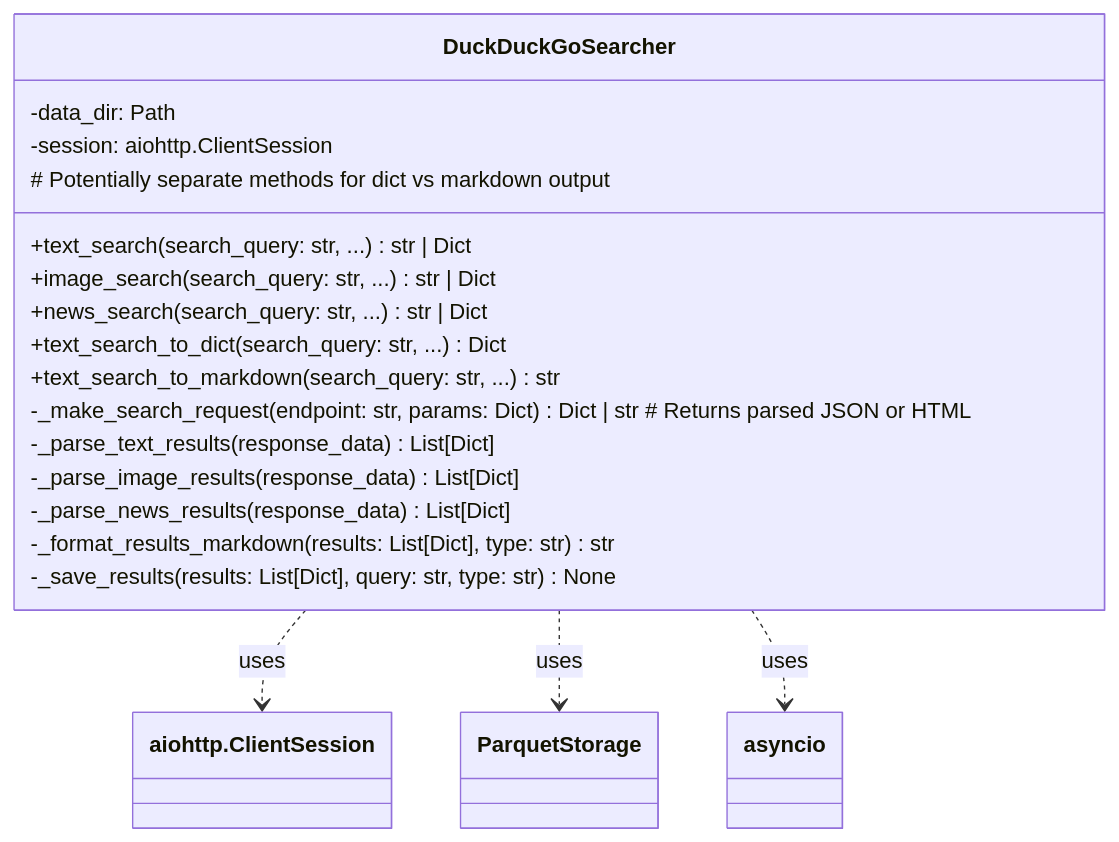
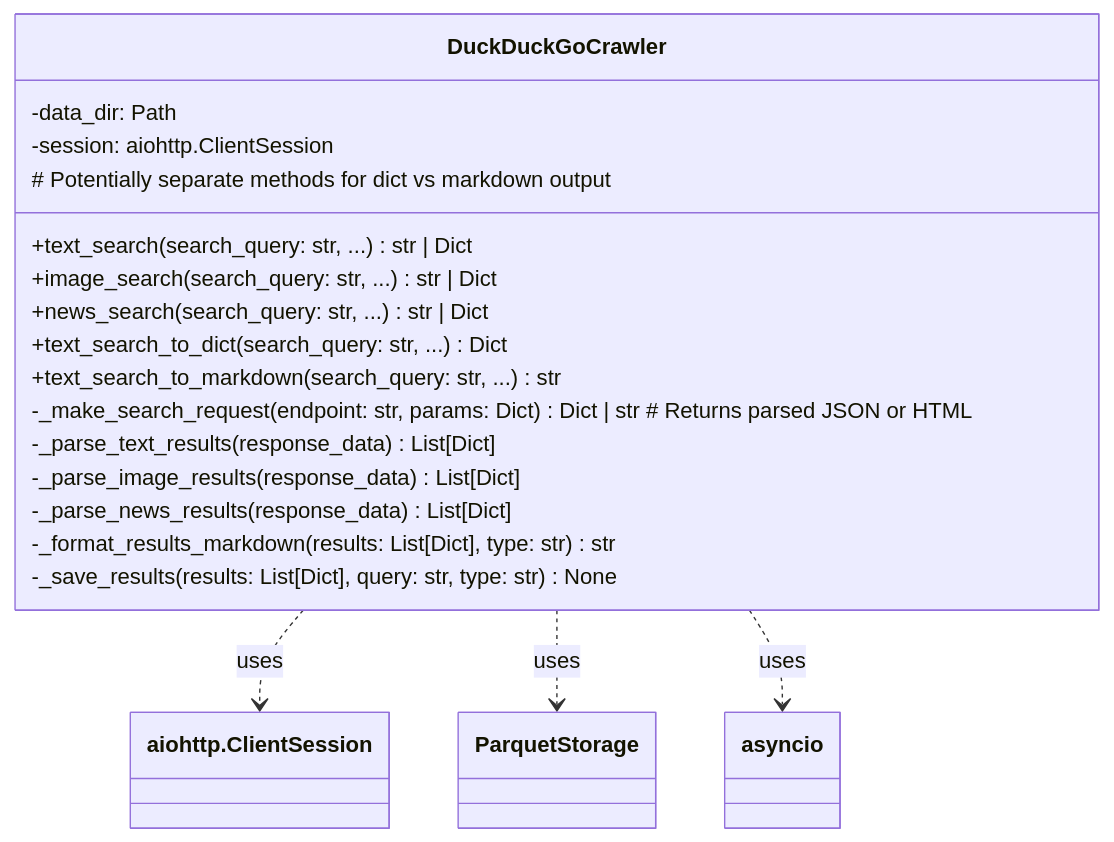
Before and after one commit to Ollama-Agent-Roll-Cage/oarc-crawlers: diagram 14 of 25 in docs/Crawlers.md, drawn with Mermaid. The commit also changed other lines of this file and 6 other files, not shown here.

````diff
--- a/docs/Crawlers.md
+++ b/docs/Crawlers.md
@@ -482,23 +483,23 @@
 ```mermaid
 classDiagram
-    class DuckDuckGoSearcher {
+    class DuckDuckGoCrawler {
         -data_dir: Path
         -session: aiohttp.ClientSession
         +text_search(search_query: str, ...) str | Dict
         +image_search(search_query: str, ...) str | Dict
         +news_search(search_query: str, ...) str | Dict
         # Potentially separate methods for dict vs markdown output
         +text_search_to_dict(search_query: str, ...) Dict
         +text_search_to_markdown(search_query: str, ...) str
         -_make_search_request(endpoint: str, params: Dict) Dict | str # Returns parsed JSON or HTML
         -_parse_text_results(response_data) List[Dict]
         -_parse_image_results(response_data) List[Dict]
         -_parse_news_results(response_data) List[Dict]
         -_format_results_markdown(results: List[Dict], type: str) str
         -_save_results(results: List[Dict], query: str, type: str) None
     }
 
-    DuckDuckGoSearcher ..> aiohttp.ClientSession : uses
-    DuckDuckGoSearcher ..> ParquetStorage : uses
-    DuckDuckGoSearcher ..> asyncio : uses
+    DuckDuckGoCrawler ..> aiohttp.ClientSession : uses
+    DuckDuckGoCrawler ..> ParquetStorage : uses
+    DuckDuckGoCrawler ..> asyncio : uses
 ```
````
